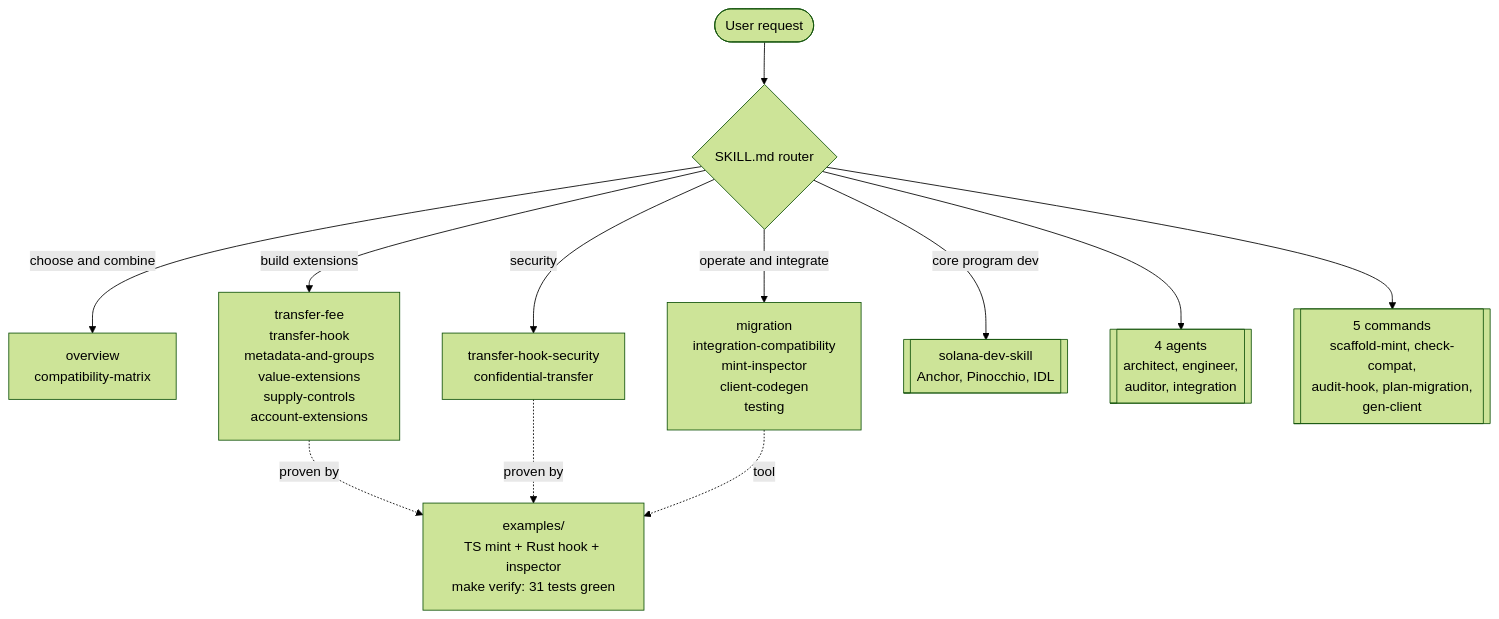
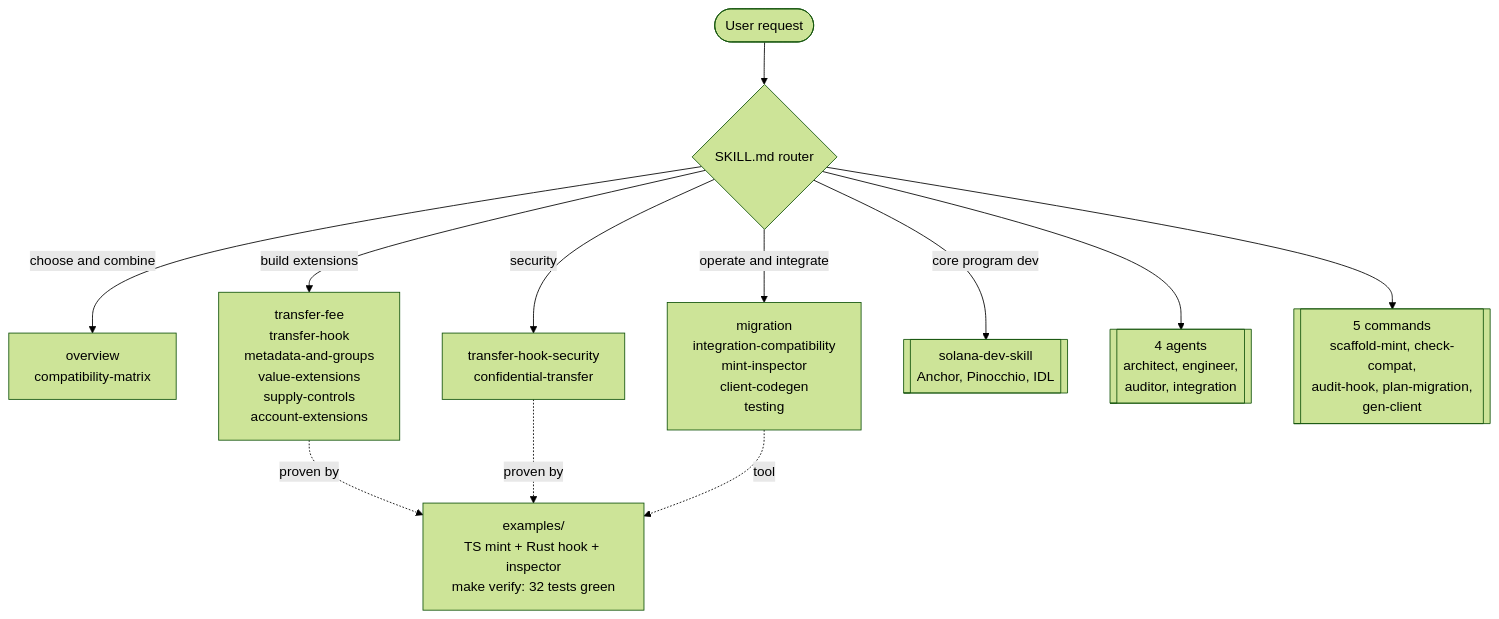
One commit to Andy00L/solana-token-extensions-skill changed the diagram in README.md. Above: the diagram before and after it, drawn with Mermaid (forest theme). The commit also changed other lines of this file and 4 other files, not shown here.

First line of the commit message:
Harden mint inspector: offline not-a-mint test, uniform --json errors, drop non-working bin

````diff
--- a/README.md
+++ b/README.md
@@ -16,14 +16,14 @@
 ```mermaid
 flowchart TD
     U([User request]) --> R{SKILL.md router}
     R -->|choose and combine| C["overview<br/>compatibility-matrix"]
     R -->|build extensions| B["transfer-fee<br/>transfer-hook<br/>metadata-and-groups<br/>value-extensions<br/>supply-controls<br/>account-extensions"]
     R -->|operate and integrate| O["migration<br/>integration-compatibility<br/>mint-inspector<br/>client-codegen<br/>testing"]
     R -->|security| S["transfer-hook-security<br/>confidential-transfer"]
     R -->|core program dev| CORE[["solana-dev-skill<br/>Anchor, Pinocchio, IDL"]]
     R --> AG[["4 agents<br/>architect, engineer,<br/>auditor, integration"]]
     R --> CMD[["5 commands<br/>scaffold-mint, check-compat,<br/>audit-hook, plan-migration,<br/>gen-client"]]
-    B -.proven by.-> EX["examples/<br/>TS mint + Rust hook + inspector<br/>make verify: 31 tests green"]
+    B -.proven by.-> EX["examples/<br/>TS mint + Rust hook + inspector<br/>make verify: 32 tests green"]
     S -.proven by.-> EX
     O -.tool.-> EX
 ```
````
